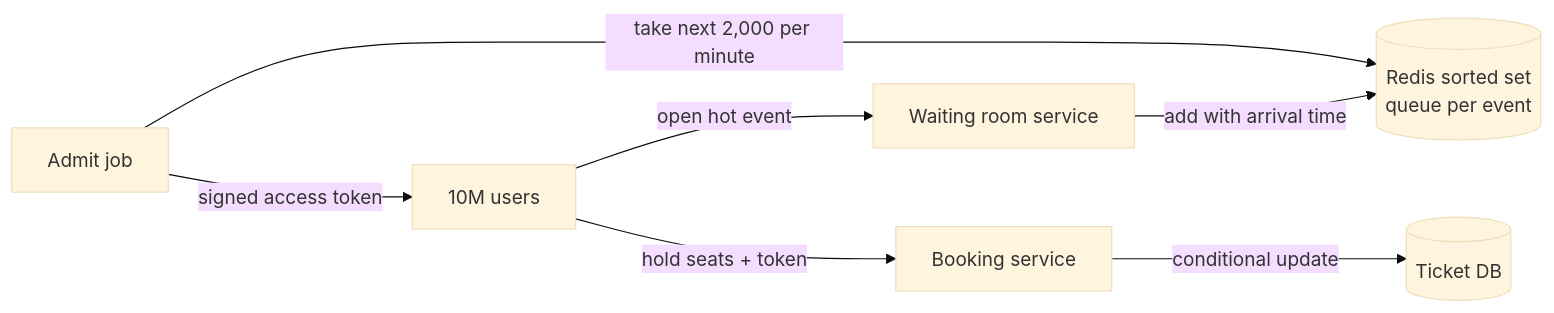
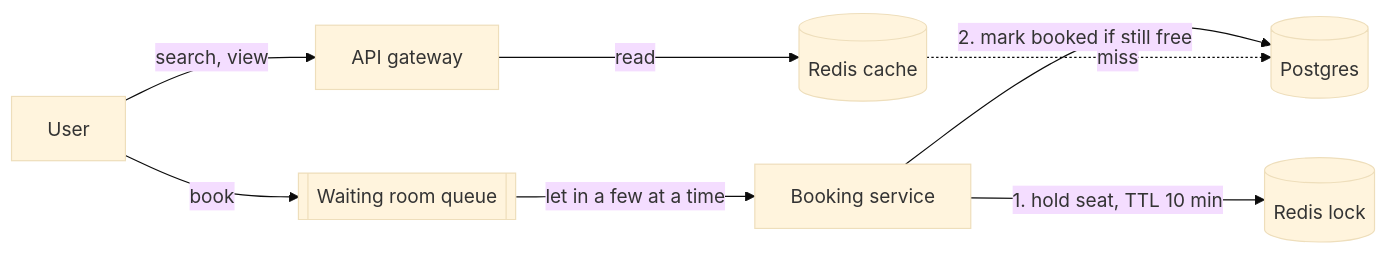
Before and after one commit to aaryan-pradhan/core-cs-fundamentals: the second of 2 diagrams in hld/28-ticketmaster.md, drawn with Mermaid (base theme). The commit also changed other lines of this file, not shown here.

````diff
--- a/hld/28-ticketmaster.md
+++ b/hld/28-ticketmaster.md
@@ -138,9 +68,10 @@
 ```mermaid
 flowchart LR
-    U["10M users"] -->|"open hot event"| WR["Waiting room service"]
-    WR -->|"add with arrival time"| Z[("Redis sorted set<br/>queue per event")]
-    AD["Admit job"] -->|"take next 2,000 per minute"| Z
-    AD -->|"signed access token"| U
-    U -->|"hold seats + token"| BS["Booking service"]
-    BS -->|"conditional update"| DB[("Ticket DB")]
+    U["User"] -->|"search, view"| GW["API gateway"]
+    GW -->|"read"| C[("Redis cache")]
+    U -->|"book"| WR[["Waiting room queue"]]
+    WR -->|"let in a few at a time"| BS["Booking service"]
+    BS -->|"1. hold seat, TTL 10 min"| L[("Redis lock")]
+    BS -->|"2. mark booked if still free"| DB[("Postgres")]
+    C -.->|"miss"| DB
 ```
````
